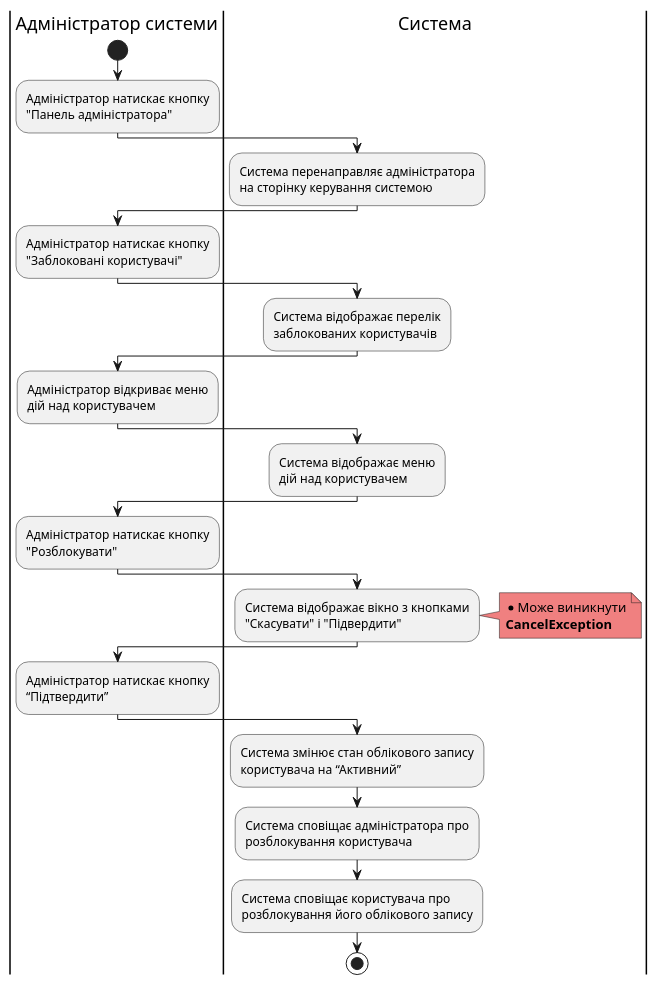
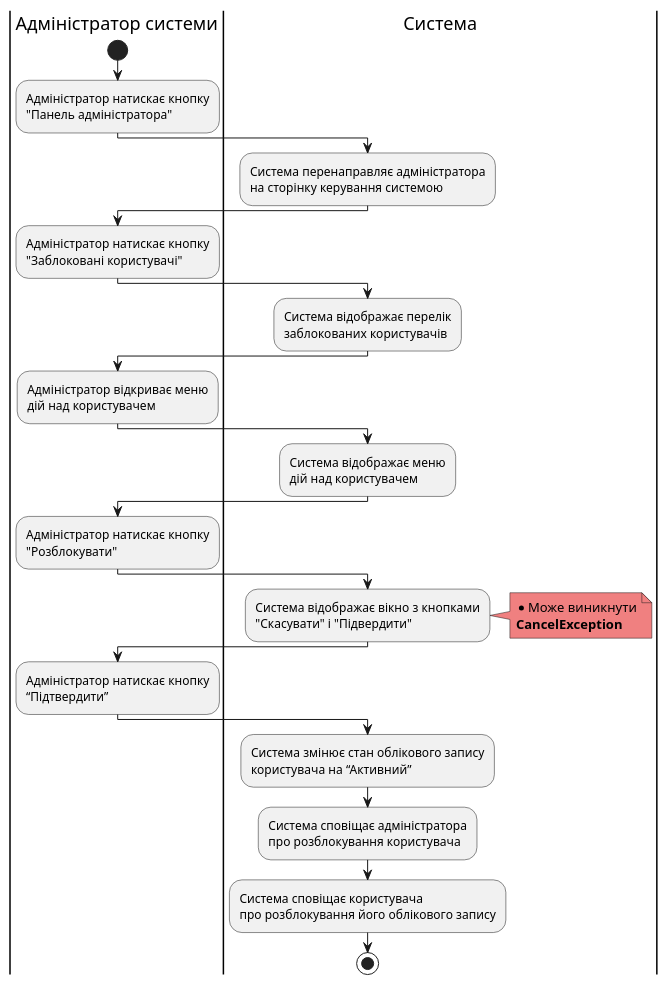
The eighth of 9 diagrams in docs/use cases/README.md (samoilenkomariia/db-coursework), drawn with PlantUML before and after one commit. The commit also changed other lines of this file, not shown here.

```diff
--- a/docs/use cases/README.md
+++ b/docs/use cases/README.md
@@ -311,32 +311,32 @@
 @startuml
     
       |Адміністратор системи|
       start
       :Адміністратор натискає кнопку\n"Панель адміністратора";
       |Система|
       :Система перенаправляє адміністратора\nна сторінку керування системою;
       |Адміністратор системи|
       :Адміністратор натискає кнопку\n"Заблоковані користувачі";
       |Система|
       :Система відображає перелік\nзаблокованих користувачів;
       |Адміністратор системи|
       :Адміністратор відкриває меню\nдій над користувачем;
       |Система|
       :Система відображає меню\nдій над користувачем;
       |Адміністратор системи|
       :Адміністратор натискає кнопку\n"Розблокувати";
       |Система|
       :Система відображає вікно з кнопками\n"Скасувати" і "Підвердити";
       note right #lightcoral
         * Може виникнути
         <b>CancelException</b>
       end note
       |Адміністратор системи|
       :Адміністратор натискає кнопку\n“Підтвердити”;
       |Система|
       :Система змінює стан облікового запису\nкористувача на “Активний”;
-      :Система сповіщає адміністратора про\nрозблокування користувача;
-      :Система сповіщає користувача про\nрозблокування його облікового запису;
+      :Система сповіщає адміністратора\nпро розблокування користувача;
+      :Система сповіщає користувача\nпро розблокування його облікового запису;
       stop
 
 @enduml
```
